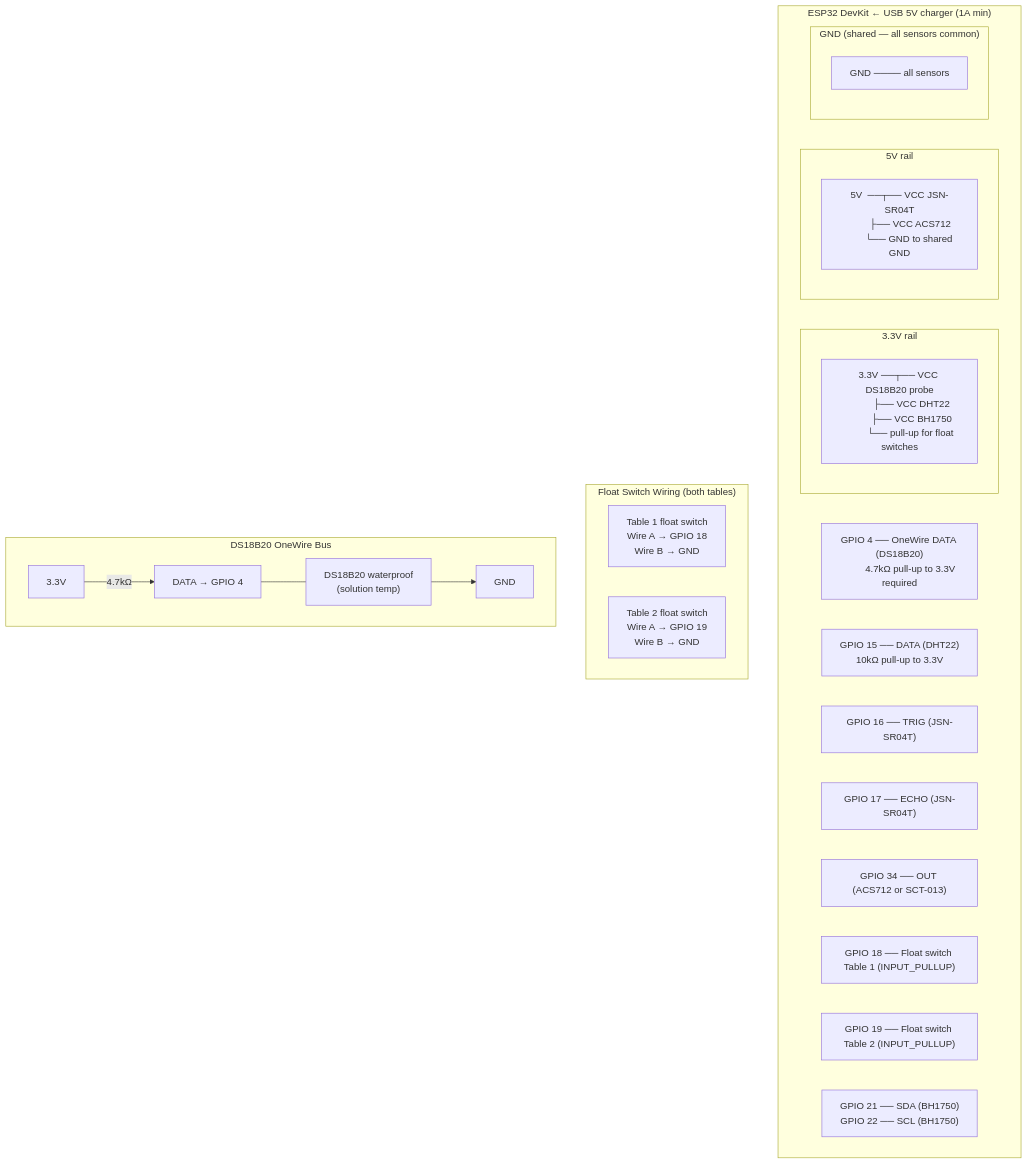
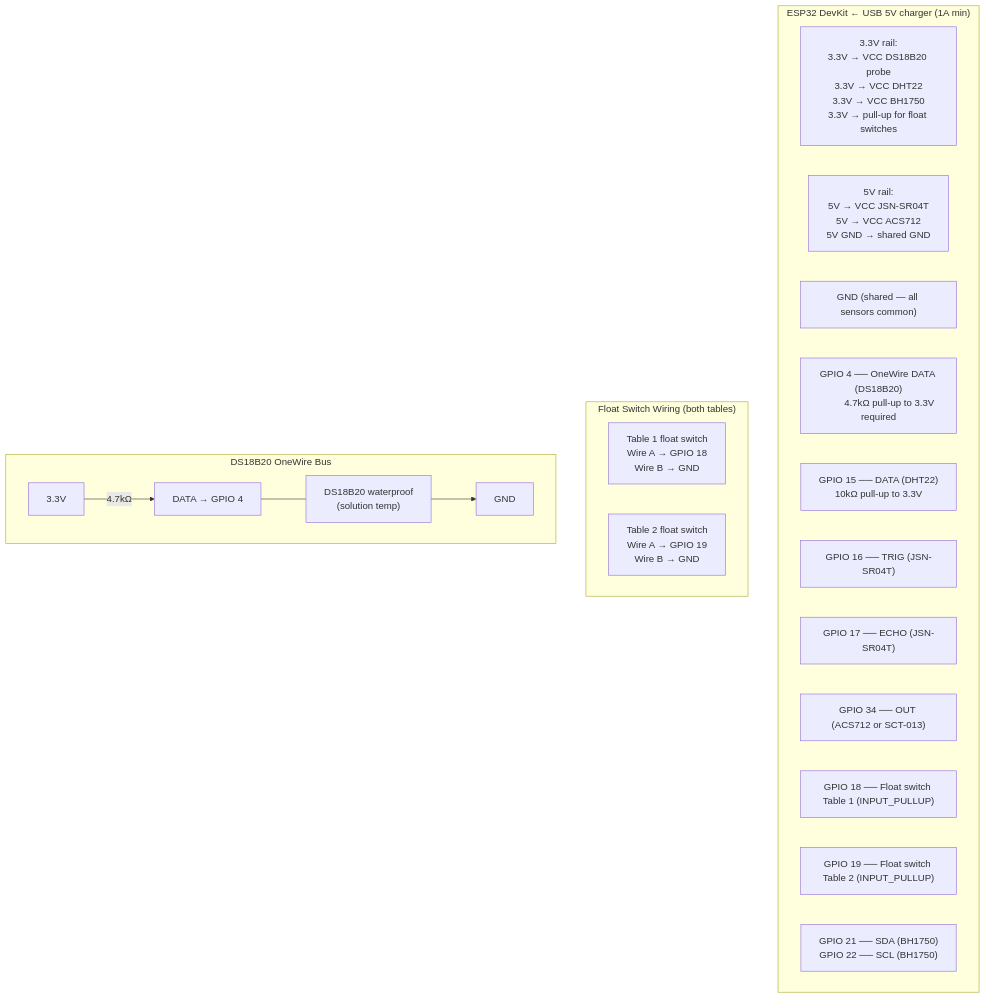
One commit to UncleJS/guide_hydroponics changed the ninth of 13 diagrams in guide/ebb-and-flow/13-automation.md. Above: the diagram before and after it, drawn with Mermaid. The commit also changed other lines of this file and 12 other files, not shown here.

````diff
--- a/guide/ebb-and-flow/13-automation.md
+++ b/guide/ebb-and-flow/13-automation.md
@@ -993,36 +992,27 @@
 ```mermaid
 flowchart TD
     subgraph esp["ESP32 DevKit ← USB 5V charger (1A min)"]
-        subgraph v33["3.3V rail"]
-            VCC33["3.3V ──┬── VCC DS18B20 probe<br/>         ├── VCC DHT22<br/>         ├── VCC BH1750<br/>         └── pull-up for float switches"]
-        end
-        subgraph v5["5V rail"]
-            VCC5["5V  ──┬── VCC JSN-SR04T<br/>        ├── VCC ACS712<br/>        └── GND to shared GND"]
-        end
-        subgraph gnd["GND (shared — all sensors common)"]
-            GND["GND ──── all sensors"]
-        end
-
+        VCC33["3.3V rail:<br/>3.3V → VCC DS18B20 probe<br/>3.3V → VCC DHT22<br/>3.3V → VCC BH1750<br/>3.3V → pull-up for float switches"]
+        VCC5["5V rail:<br/>5V → VCC JSN-SR04T<br/>5V → VCC ACS712<br/>5V GND → shared GND"]
+        GND["GND (shared — all sensors common)"]
         G4["GPIO 4 ── OneWire DATA (DS18B20)<br/>         4.7kΩ pull-up to 3.3V required"]
         G15["GPIO 15 ── DATA (DHT22)<br/>         10kΩ pull-up to 3.3V"]
         G16["GPIO 16 ── TRIG (JSN-SR04T)"]
         G17["GPIO 17 ── ECHO (JSN-SR04T)"]
         G34["GPIO 34 ── OUT (ACS712 or SCT-013)"]
         G18["GPIO 18 ── Float switch Table 1 (INPUT_PULLUP)"]
         G19["GPIO 19 ── Float switch Table 2 (INPUT_PULLUP)"]
         G2122["GPIO 21 ── SDA (BH1750)<br/>GPIO 22 ── SCL (BH1750)"]
     end
 
     subgraph float_sw["Float Switch Wiring (both tables)"]
-        direction LR
         FS1["Table 1 float switch<br/>Wire A → GPIO 18<br/>Wire B → GND"]
         FS2["Table 2 float switch<br/>Wire A → GPIO 19<br/>Wire B → GND"]
     end
 
     subgraph onewire["DS18B20 OneWire Bus"]
-        direction LR
         OW33["3.3V"] -->|"4.7kΩ"| OWDATA["DATA → GPIO 4"]
         OWDATA --- P1["DS18B20 waterproof<br/>(solution temp)"]
         P1 --> OWGND["GND"]
     end
 ```
````
